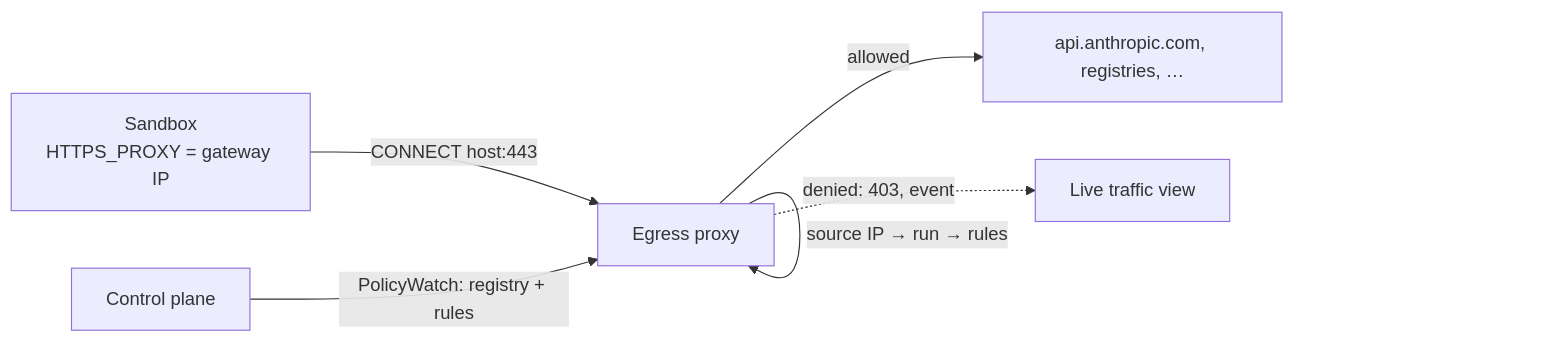
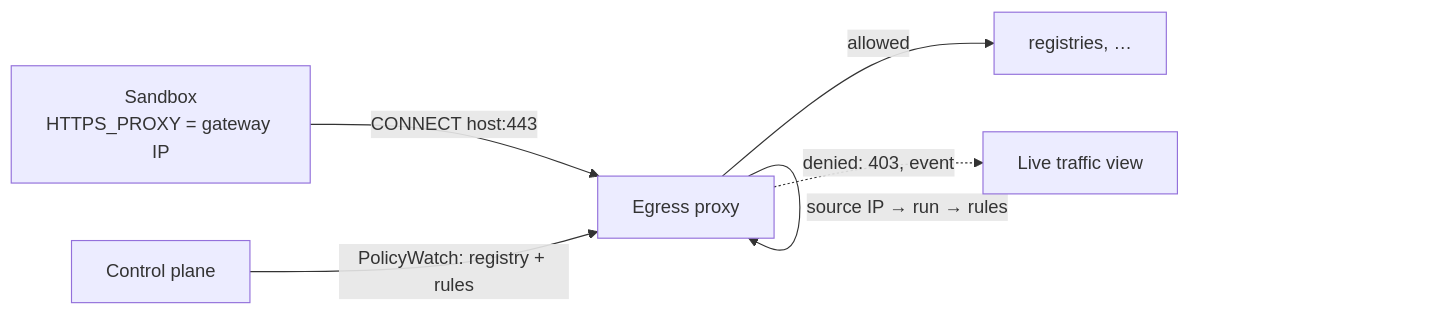
The diagram in docs/content/security/egress-gateway.md (prskr/dark-factory), drawn with Mermaid before and after one commit. The commit also changed other lines of this file and 196 other files, not shown here.

````diff
--- a/docs/content/security/egress-gateway.md
+++ b/docs/content/security/egress-gateway.md
@@ -10,8 +11,8 @@
 ```mermaid
 flowchart LR
   S["Sandbox<br/>HTTPS_PROXY = gateway IP"] -- "CONNECT host:443" --> P["Egress proxy"]
   P -- "source IP → run → rules" --> P
-  P -- "allowed" --> H["api.anthropic.com, registries, …"]
+  P -- "allowed" --> H["registries, …"]
   P -. "denied: 403, event" .-> L["Live traffic view"]
   CP["Control plane"] -- "PolicyWatch: registry + rules" --> P
 ```
````
